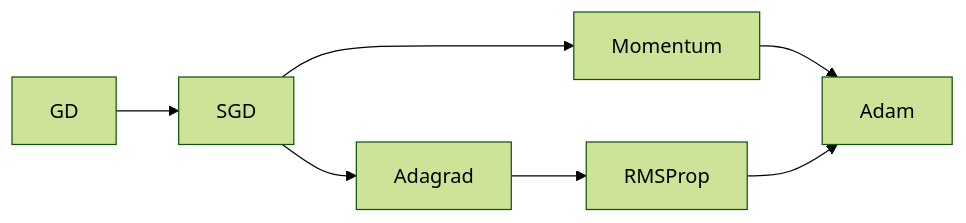
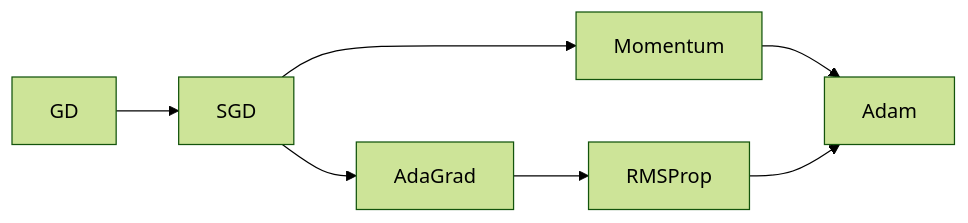
The diagram in course3/Optimizer.md (dtruong46me/deep-learning-specialization), drawn with Mermaid (forest theme) before and after one commit. The commit also changed other lines of this file and 3 other files, not shown here.

````diff
--- a/course3/Optimizer.md
+++ b/course3/Optimizer.md
@@ -2,8 +2,8 @@
 ```mermaid
 flowchart LR;
     GD --> SGD --> Momentum
-    SGD --> Adagrad
-    Adagrad --> RMSProp
+    SGD --> AdaGrad
+    AdaGrad --> RMSProp
     Momentum --> Adam
     RMSProp --> Adam
 ```
````
